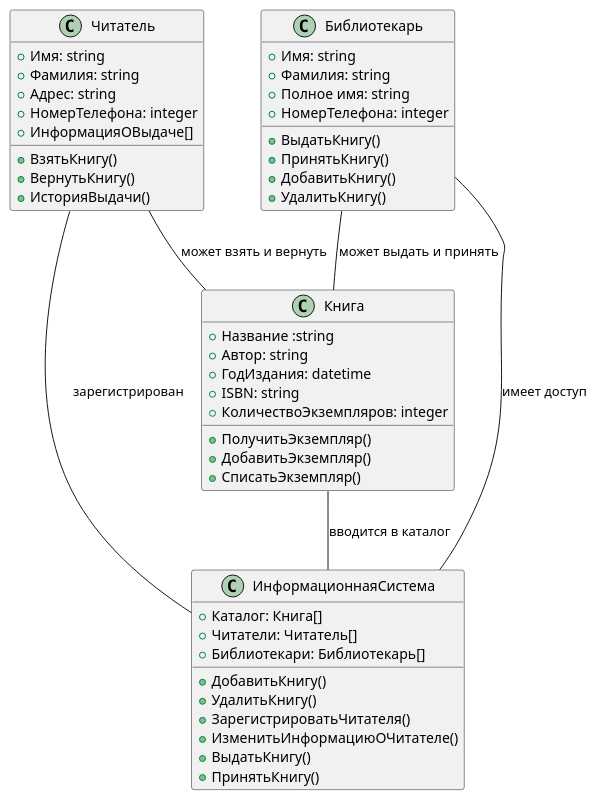
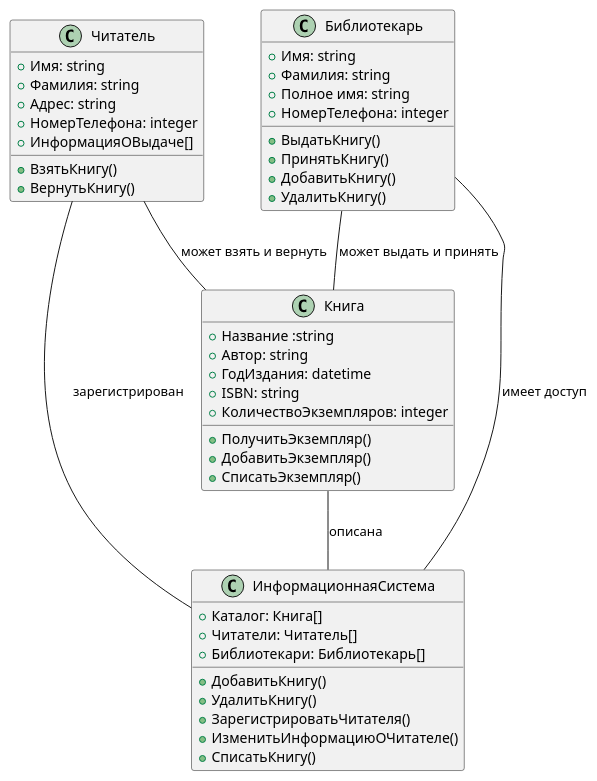
Before and after one commit to IrmA-ErroR/TMP: the diagram in lab_1/task1.puml, drawn with PlantUML. The commit also changed 16 other files, not shown here.

```diff
--- a/lab_1/task1.puml
+++ b/lab_1/task1.puml
@@ -1,52 +1,50 @@
 @startuml "Диаграмма классов для Информационной системы библиотеки"
 class Книга{
     +Название :string
     +Автор: string
     +ГодИздания: datetime
     +ISBN: string
     +КоличествоЭкземпляров: integer
     +ПолучитьЭкземпляр()
     +ДобавитьЭкземпляр()
     +СписатьЭкземпляр()
 }
 
 class Читатель{
     +Имя: string
     +Фамилия: string
     +Адрес: string
     +НомерТелефона: integer
     +ИнформацияОВыдаче[]
     +ВзятьКнигу()
     +ВернутьКнигу()
-    +ИсторияВыдачи()
 }
 
 class Библиотекарь{
     +Имя: string
     +Фамилия: string
     +Полное имя: string
     +НомерТелефона: integer
     +ВыдатьКнигу()
     +ПринятьКнигу()
     +ДобавитьКнигу()
     +УдалитьКнигу()
 }
 
 class ИнформационнаяСистема{
     +Каталог: Книга[]
     +Читатели: Читатель[]
     +Библиотекари: Библиотекарь[]
     +ДобавитьКнигу()
     +УдалитьКнигу()
     +ЗарегистрироватьЧитателя()
     +ИзменитьИнформациюОЧитателе()
-    +ВыдатьКнигу()
-    +ПринятьКнигу()
+    +СписатьКнигу()
 }
 
 Читатель -- ИнформационнаяСистема : зарегистрирован
-Книга -- ИнформационнаяСистема : вводится в каталог
+Книга -- ИнформационнаяСистема : описана
 Библиотекарь -- ИнформационнаяСистема : имеет доступ
 Читатель -- Книга : может взять и вернуть
 Библиотекарь -- Книга : может выдать и принять
 @enduml
```
